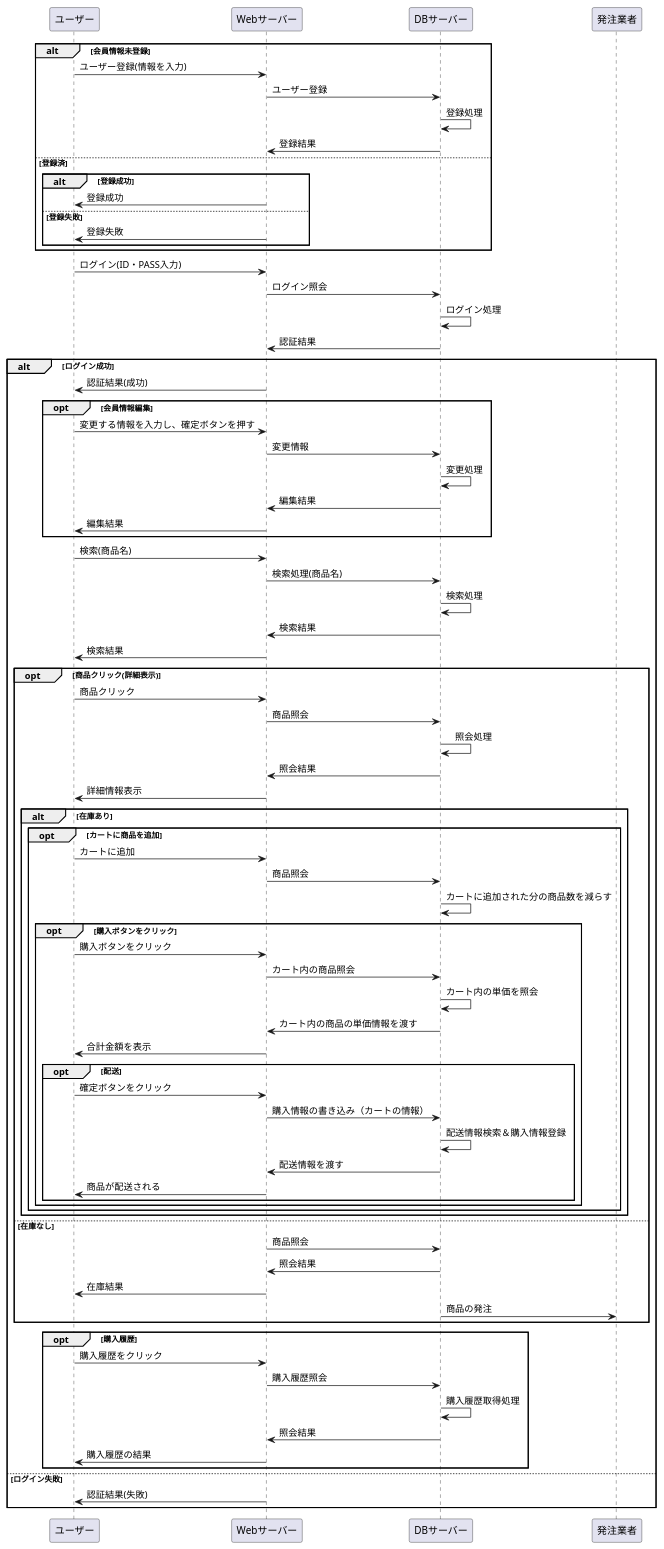
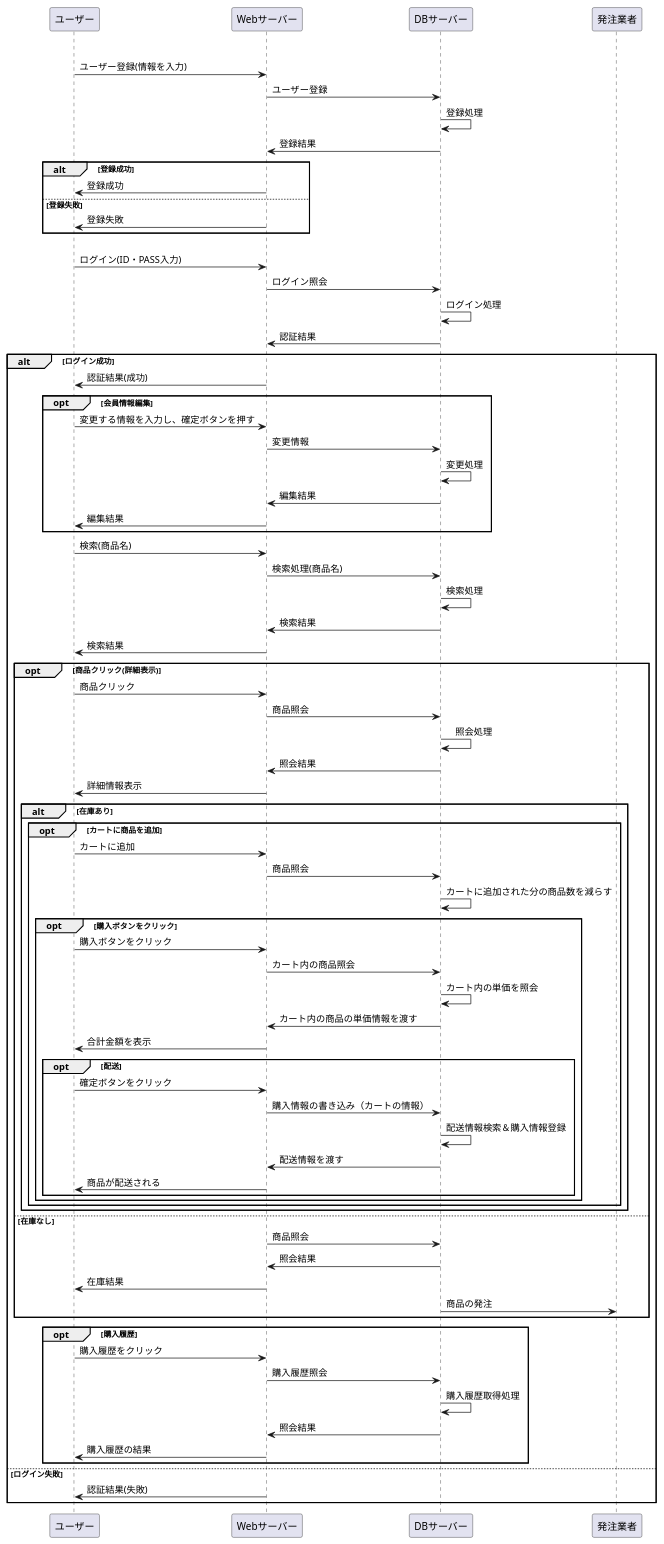
Before and after one commit to Aso2001227/Aso-Sports-1: the diagram in 設計書/02_業務フロー/business-flow-test.md, drawn with PlantUML.

`````diff
--- a/設計書/02_業務フロー/business-flow-test.md
+++ b/設計書/02_業務フロー/business-flow-test.md
@@ -5,7 +5,6 @@
 Webサーバー -> DBサーバー : ユーザー登録
 DBサーバー -> DBサーバー : 登録処理
 DBサーバー -> Webサーバー : 登録結果
-else 登録済
 
 
 
@@ -17,7 +16,7 @@
 else 登録失敗
 Webサーバー -> ユーザー : 登録失敗
 end
-end
+else 登録済
 
 
 
@@ -141,5 +140,6 @@
 
 
 
+
 @enduml
 ````
`````
